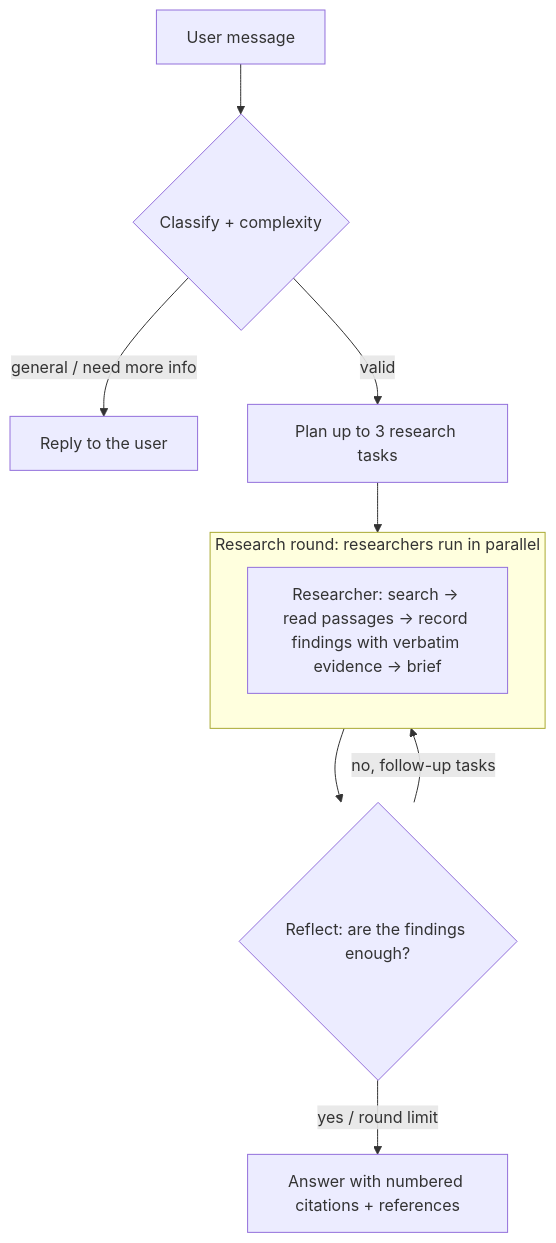
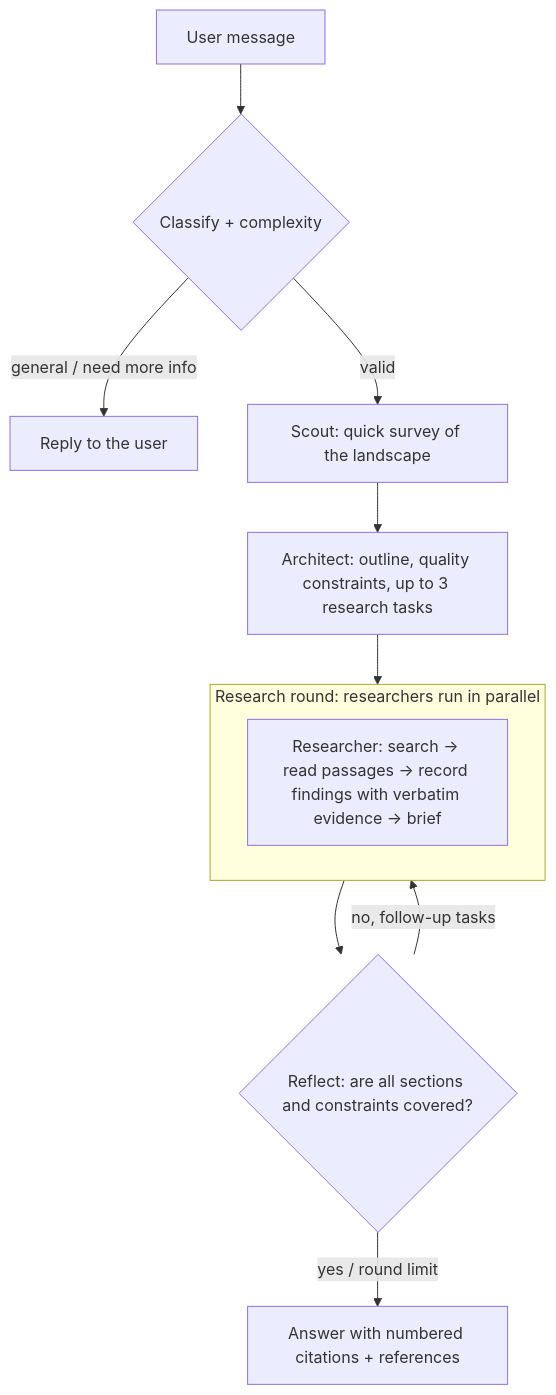
Before and after one commit to lorenzofavaro/deep-research: the diagram in README.md, drawn with Mermaid. The commit also changed other lines of this file and 10 other files, not shown here.

First line of the commit message:
Phase 3: scout survey and outline-driven planning

````diff
--- a/README.md
+++ b/README.md
@@ -9,13 +9,14 @@
 ```mermaid
 flowchart TD
     U[User message] --> C{Classify + complexity}
     C -- general / need more info --> R[Reply to the user]
-    C -- valid --> P[Plan up to 3 research tasks]
+    C -- valid --> SC[Scout: quick survey of the landscape]
+    SC --> P[Architect: outline, quality constraints, up to 3 research tasks]
     P --> S
     subgraph S[Research round: researchers run in parallel]
         A[Researcher: search → read passages → record findings with verbatim evidence → brief]
     end
-    S --> F{Reflect: are the findings enough?}
+    S --> F{Reflect: are all sections and constraints covered?}
     F -- no, follow-up tasks --> S
     F -- yes / round limit --> X[Answer with numbered citations + references]
 ```
````
